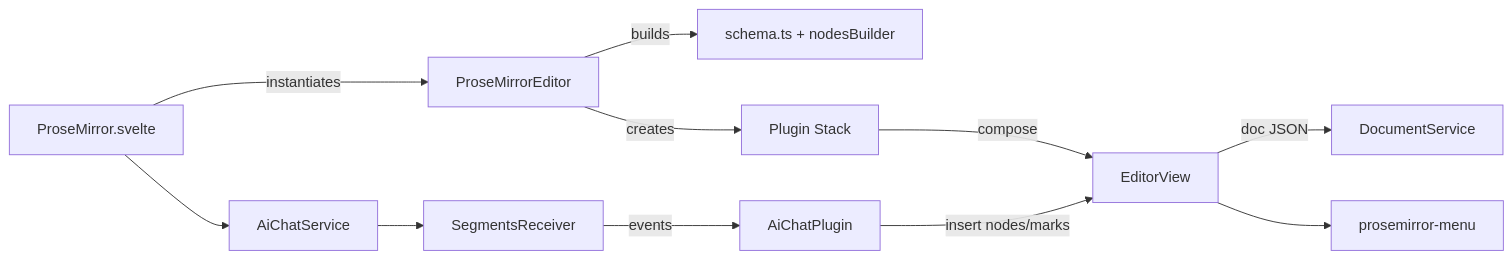
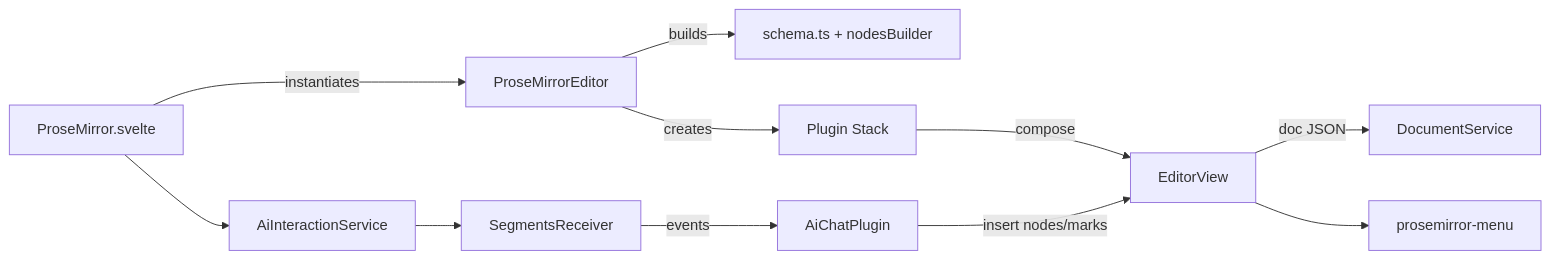
Before and after one commit to Lixpi/lixpi.ai-bridge: the first of 9 diagrams in services/web-ui/src/components/proseMirror/README.md, drawn with Mermaid. The commit also changed other lines of this file and 3 other files, not shown here.

````diff
--- a/services/web-ui/src/components/proseMirror/README.md
+++ b/services/web-ui/src/components/proseMirror/README.md
@@ -22,13 +22,13 @@
 ```mermaid
 flowchart LR
   Svelte[ProseMirror.svelte] -->|instantiates| PMEditor[ProseMirrorEditor]
   PMEditor -->|builds| Schema[schema.ts + nodesBuilder]
     PMEditor -->|creates| Plugins[Plugin Stack]
     Plugins -->|compose| EditorView
     EditorView -->|doc JSON| DocumentService
-    Svelte --> AiChatService
-    AiChatService --> SegmentsReceiver
+    Svelte --> AiInteractionService
+    AiInteractionService --> SegmentsReceiver
     SegmentsReceiver -->|events| AiChatPlugin
     AiChatPlugin -->|insert nodes/marks| EditorView
     EditorView --> MenuBar[prosemirror-menu]
 ```
````
